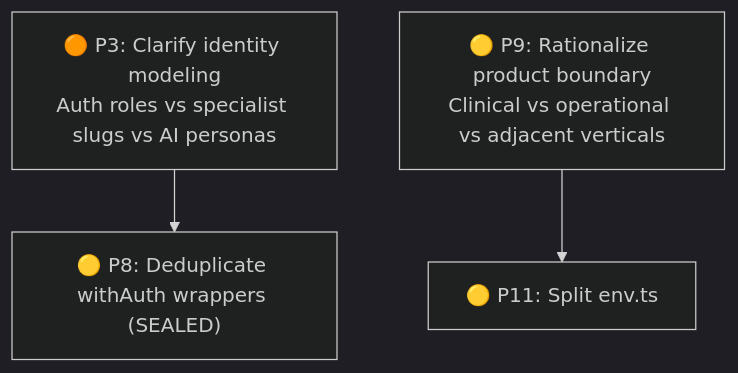
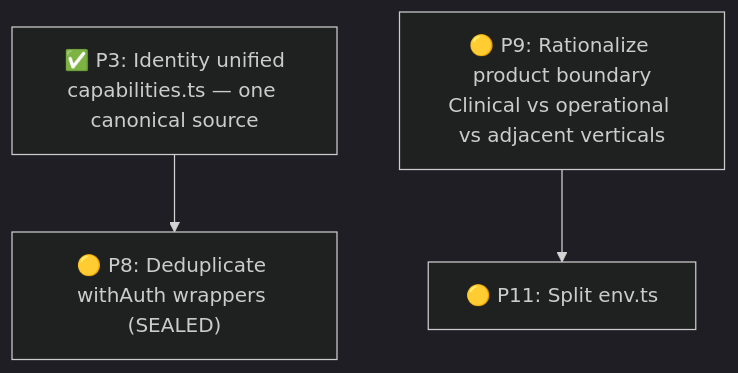
The diagram in alayse and acrchiculture/deep_dive_analysis.md (groupsmix/webs-alots), drawn with Mermaid (dark theme) before and after one commit. The commit also changed other lines of this file and 7 other files, not shown here.

First line of the commit message:
fix(P3): unify identity vocabularies into canonical capability layer

````diff
--- a/alayse and acrchiculture/deep_dive_analysis.md
+++ b/alayse and acrchiculture/deep_dive_analysis.md
@@ -146,10 +149,10 @@
 ```mermaid
 graph TD
-    P3["🟠 P3: Clarify identity modeling<br/>Auth roles vs specialist slugs vs AI personas"]
+    P3["✅ P3: Identity unified<br/>capabilities.ts — one canonical source"]
     P8["🟡 P8: Deduplicate withAuth wrappers (SEALED)"]
     P9["🟡 P9: Rationalize product boundary<br/>Clinical vs operational vs adjacent verticals"]
     P11["🟡 P11: Split env.ts"]
 
     P3 --> P8
     P9 --> P11
 ```
````
